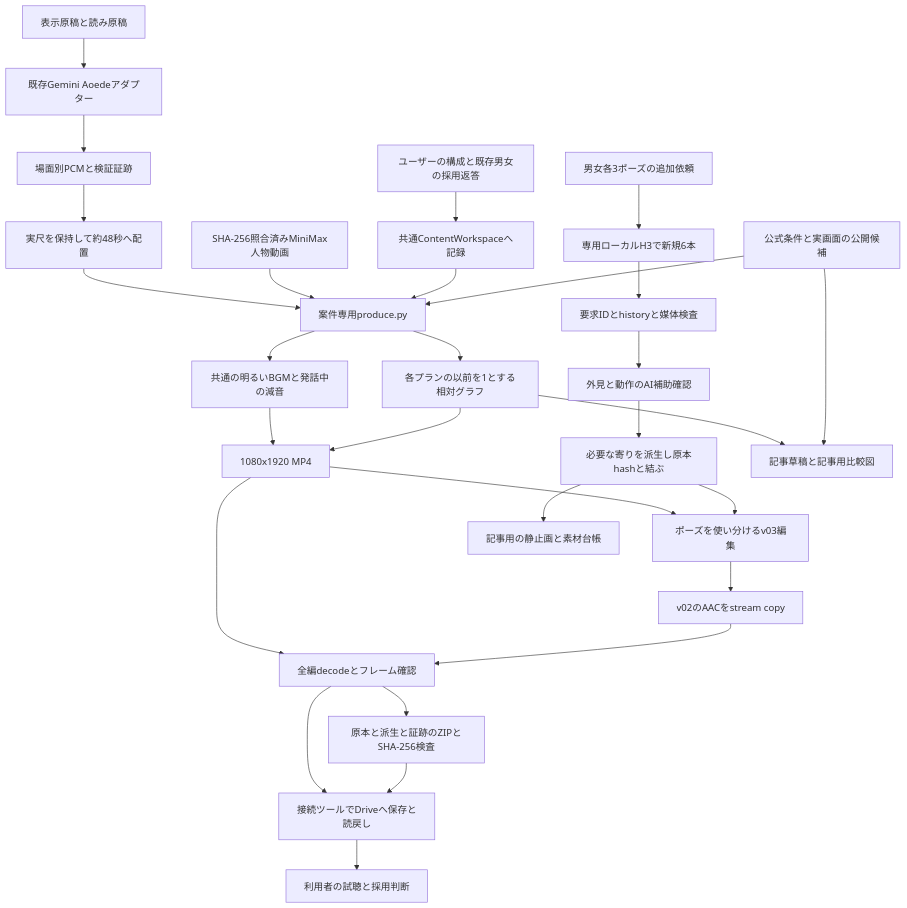
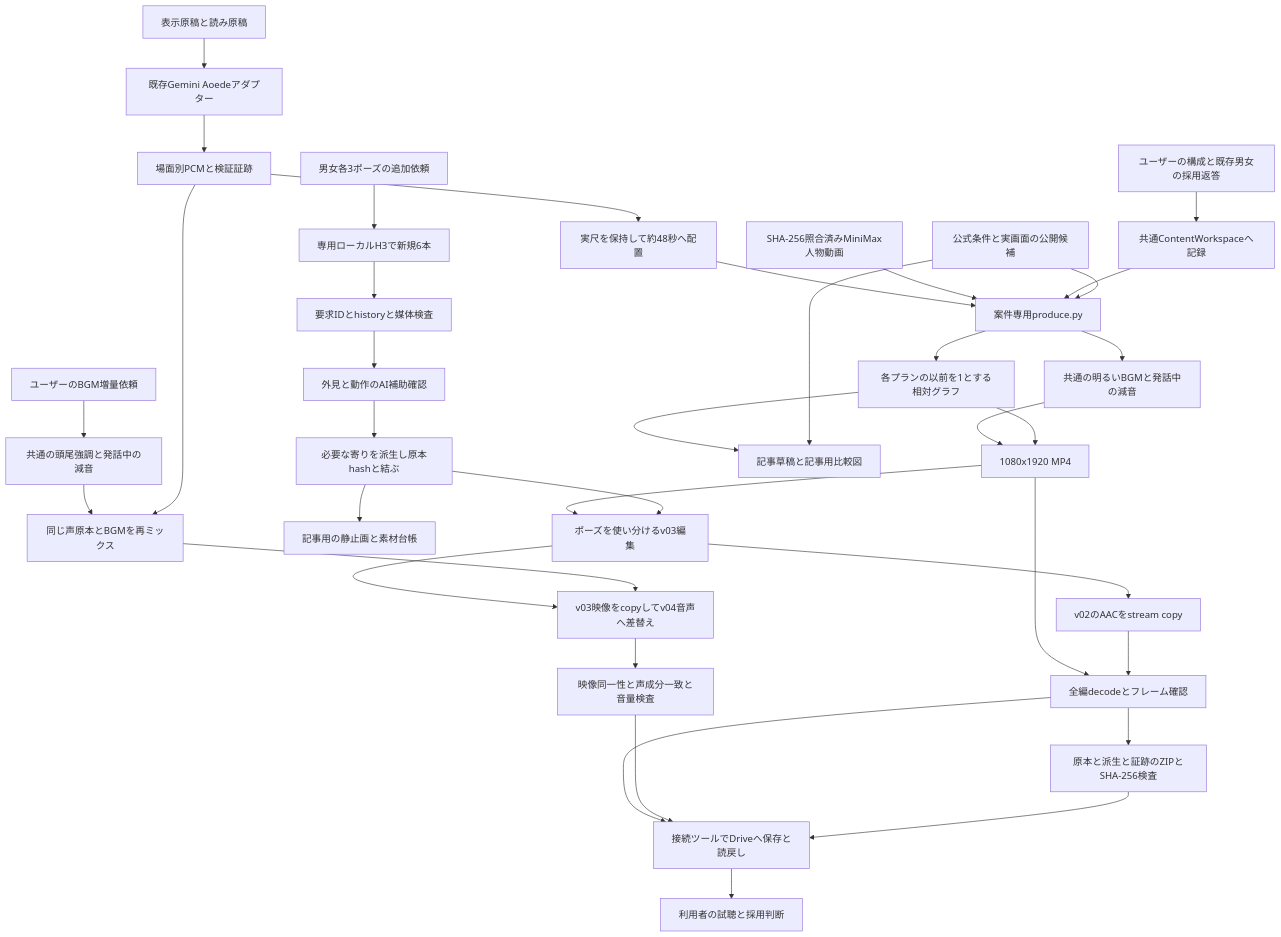
Before and after one commit to benriworks/MiniMax-H3: the diagram in productions/content-projects/CONTENT_20261030_chatgpt_pro_usage_news/ARCHITECTURE_DIAGRAM.md, drawn with Mermaid. The commit also changed 14 other files, not shown here.

````diff
--- a/productions/content-projects/CONTENT_20261030_chatgpt_pro_usage_news/ARCHITECTURE_DIAGRAM.md
+++ b/productions/content-projects/CONTENT_20261030_chatgpt_pro_usage_news/ARCHITECTURE_DIAGRAM.md
@@ -3,31 +3,38 @@
 ```mermaid
 flowchart TD
     Approval[ユーザーの構成と既存男女の採用返答] --> Workspace[共通ContentWorkspaceへ記録]
     Sources[公式条件と実画面の公開候補] --> Driver[案件専用produce.py]
     Workspace --> Driver
     OldMotion[SHA-256照合済みMiniMax人物動画] --> Driver
     PoseRequest[男女各3ポーズの追加依頼] --> LocalH3[専用ローカルH3で新規6本]
     LocalH3 --> PoseProof[要求IDとhistoryと媒体検査]
     PoseProof --> PoseReview[外見と動作のAI補助確認]
     PoseReview --> SafeDerivative[必要な寄りを派生し原本hashと結ぶ]
     SafeDerivative --> Revision[ポーズを使い分けるv03編集]
     SafeDerivative --> Stills[記事用の静止画と素材台帳]
     Video --> Revision
     Revision --> AudioCopy[v02のAACをstream copy]
     AudioCopy --> QC
     QC --> Archive[原本と派生と証跡のZIPとSHA-256検査]
     Archive --> Drive
+    UserAudio[ユーザーのBGM増量依頼] --> GainEnvelope[共通の頭尾強調と発話中の減音]
+    PCM --> AudioRemix[同じ声原本とBGMを再ミックス]
+    GainEnvelope --> AudioRemix
+    AudioRemix --> V04[v03映像をcopyしてv04音声へ差替え]
+    Revision --> V04
+    V04 --> AudioQC[映像同一性と声成分一致と音量検査]
+    AudioQC --> Drive
     Transcript[表示原稿と読み原稿] --> TTS[既存Gemini Aoedeアダプター]
     TTS --> PCM[場面別PCMと検証証跡]
     PCM --> Timeline[実尺を保持して約48秒へ配置]
     Timeline --> Driver
     Driver --> Chart[各プランの以前を1とする相対グラフ]
     Driver --> Mix[共通の明るいBGMと発話中の減音]
     Chart --> Video[1080x1920 MP4]
     Mix --> Video
     Video --> QC[全編decodeとフレーム確認]
     QC --> Drive[接続ツールでDriveへ保存と読戻し]
     Drive --> Human[利用者の試聴と採用判断]
     Sources --> Article[記事草稿と記事用比較図]
     Chart --> Article
 ```
````
